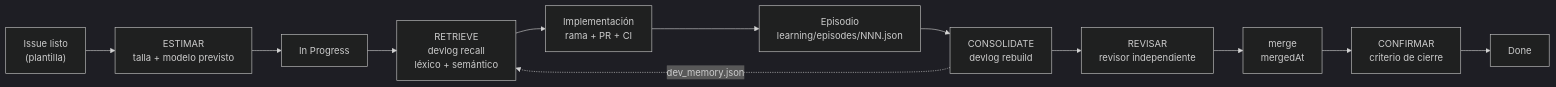
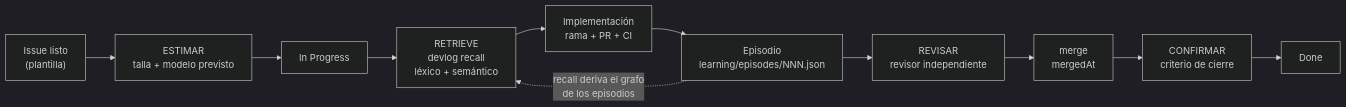
Before and after one commit to cherrera0001/Agents_Learning_Loops: diagram 11 of 12 in README.md, drawn with Mermaid (dark theme). The commit also changed other lines of this file and 19 other files, not shown here.

First line of the commit message:
feat(learning): dejar de versionar dev_memory.json (#96)

````diff
--- a/README.md
+++ b/README.md
@@ -877,14 +878,13 @@
 ```mermaid
 flowchart LR
     I["Issue listo<br/>(plantilla)"] --> S["ESTIMAR<br/>talla + modelo previsto"]
     S --> P["In Progress"]
     P --> R["RETRIEVE<br/>devlog recall<br/>léxico + semántico"]
     R --> W["Implementación<br/>rama + PR + CI"]
     W --> E["Episodio<br/>learning/episodes/NNN.json"]
-    E --> B["CONSOLIDATE<br/>devlog rebuild"]
-    B --> V["REVISAR<br/>revisor independiente"]
+    E --> V["REVISAR<br/>revisor independiente"]
     V --> M["merge<br/>mergedAt"]
     M --> C["CONFIRMAR<br/>criterio de cierre"]
     C --> D["Done"]
-    B -. "dev_memory.json" .-> R
+    E -. "recall deriva el grafo<br/>de los episodios" .-> R
 ```
````
